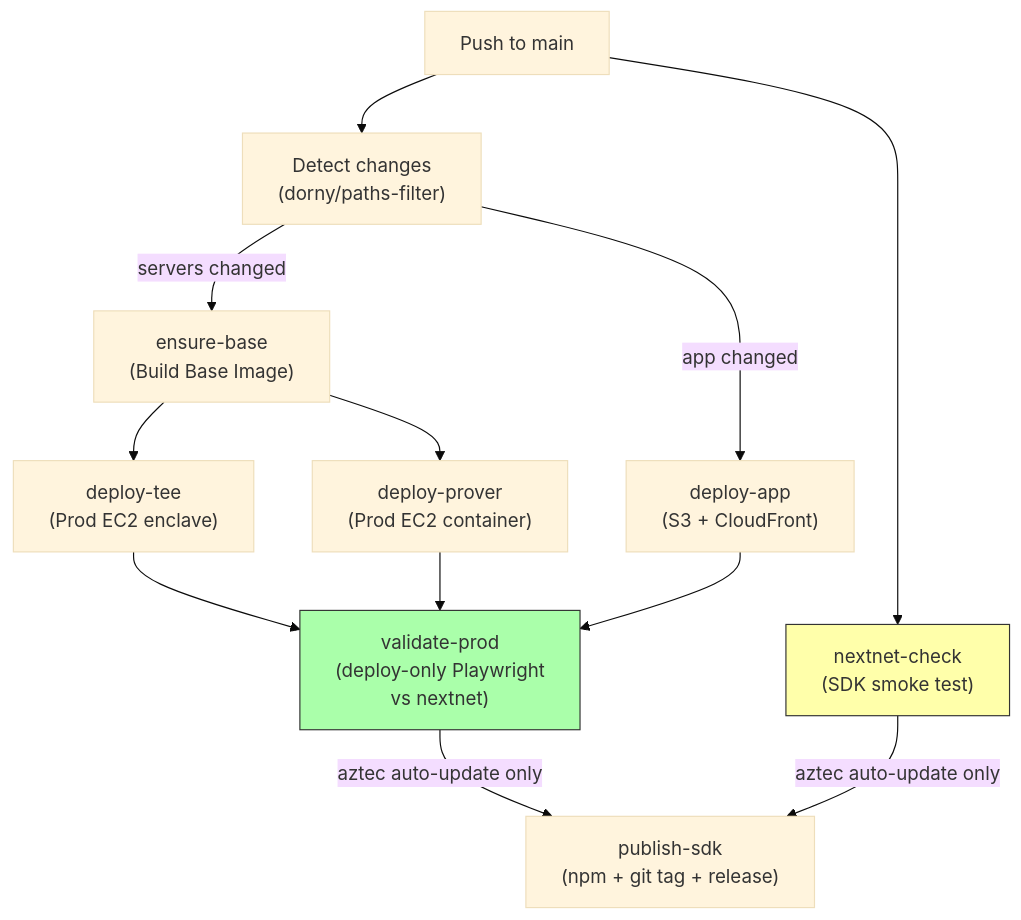
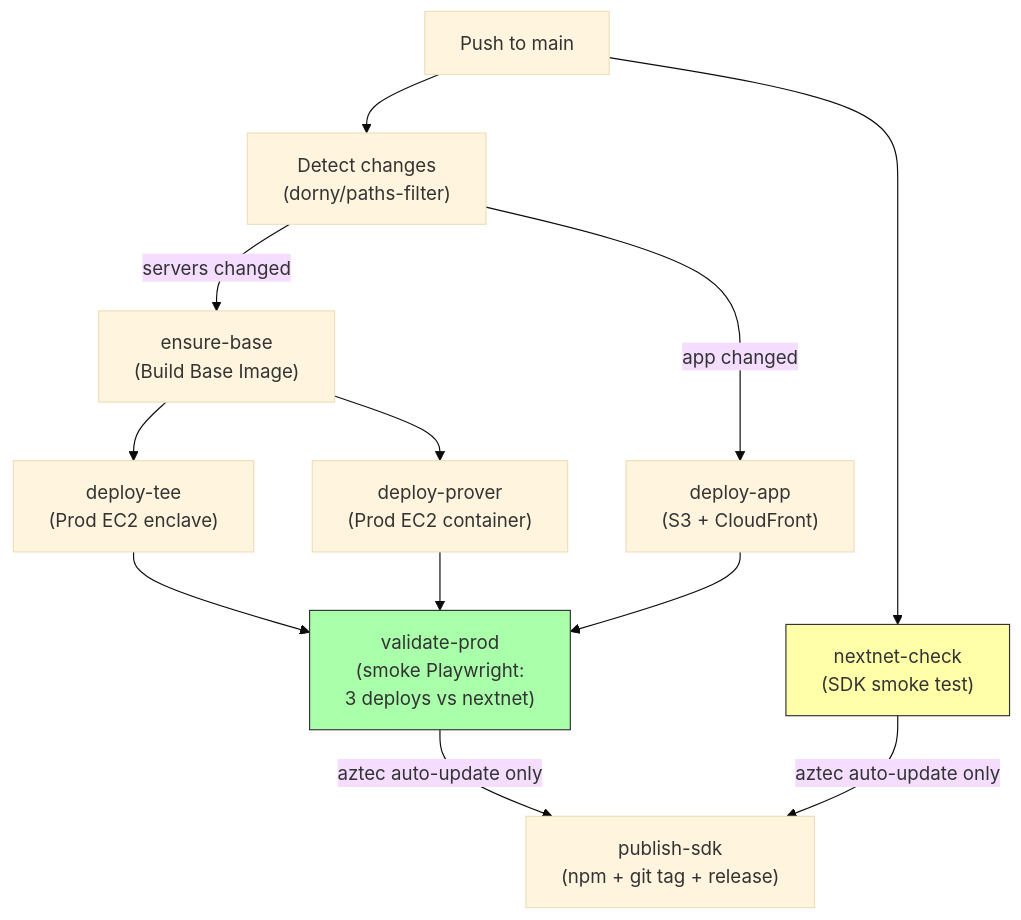
The fourth of 5 diagrams in docs/ci-pipeline.md (alejoamiras/tee-rex), drawn with Mermaid (base theme) before and after one commit. The commit also changed other lines of this file and 11 other files, not shown here.

First line of the commit message:
refactor: split app e2e into local-network (fast) and smoke (real proofs) (#110)

````diff
--- a/docs/ci-pipeline.md
+++ b/docs/ci-pipeline.md
@@ -113,18 +113,18 @@
 ```mermaid
 graph TD
     push["Push to main"] --> changes["Detect changes\n(dorny/paths-filter)"]
 
     changes -->|servers changed| base["ensure-base\n(Build Base Image)"]
     changes -->|app changed| app["deploy-app\n(S3 + CloudFront)"]
     push --> nextnet["nextnet-check\n(SDK smoke test)"]
 
     base --> tee["deploy-tee\n(Prod EC2 enclave)"]
     base --> prover["deploy-prover\n(Prod EC2 container)"]
 
-    tee & prover & app --> validate["validate-prod\n(deploy-only Playwright\nvs nextnet)"]
+    tee & prover & app --> validate["validate-prod\n(smoke Playwright:\n3 deploys vs nextnet)"]
 
     validate & nextnet -->|aztec auto-update only| publish["publish-sdk\n(npm + git tag + release)"]
 
     style validate fill:#afa,stroke:#333
     style nextnet fill:#ffa,stroke:#333
 ```
````
